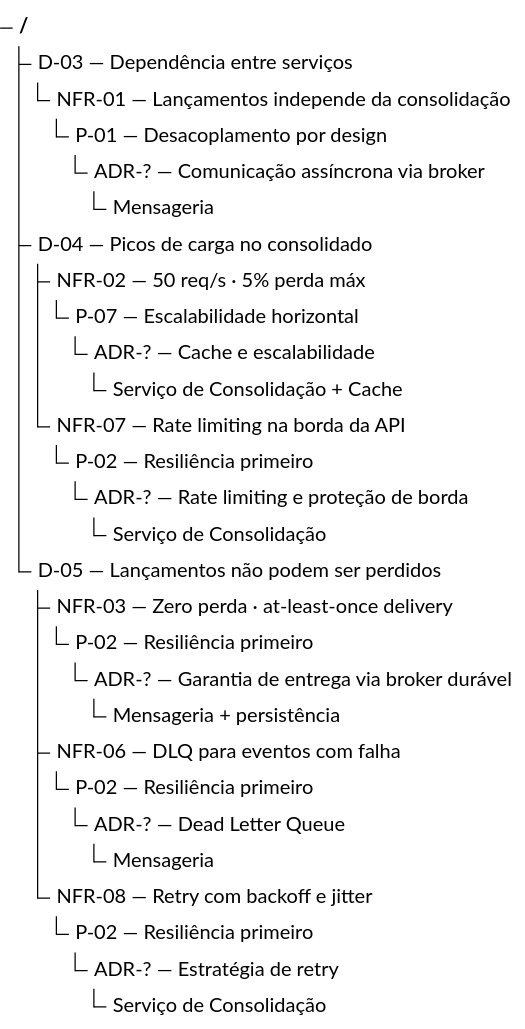
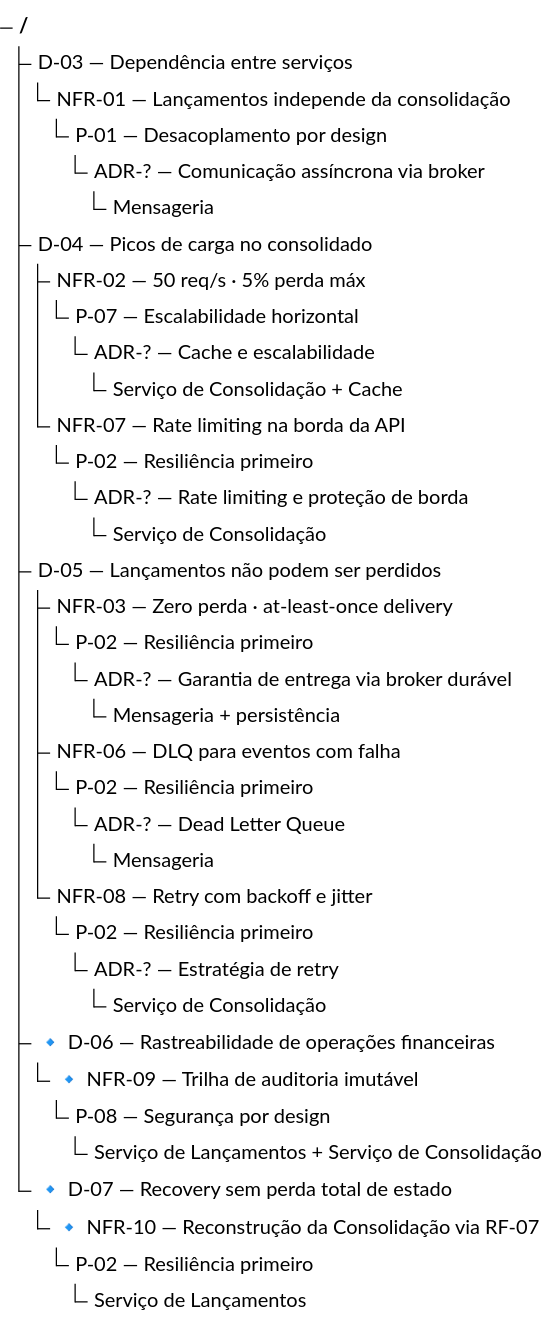
Before and after one commit to gsperim/account-engine-lab: the second of 2 diagrams in docs/negocio/requisitos.md, drawn with Mermaid. The commit also changed other lines of this file and 3 other files, not shown here.

````diff
--- a/docs/negocio/requisitos.md
+++ b/docs/negocio/requisitos.md
@@ -270,30 +419,38 @@
 ```mermaid
 treeView-beta
     "D-03 — Dependência entre serviços"
         "NFR-01 — Lançamentos independe da consolidação"
             "P-01 — Desacoplamento por design"
                 "ADR-? — Comunicação assíncrona via broker"
                     "Mensageria"
     "D-04 — Picos de carga no consolidado"
         "NFR-02 — 50 req/s · 5% perda máx"
             "P-07 — Escalabilidade horizontal"
                 "ADR-? — Cache e escalabilidade"
                     "Serviço de Consolidação + Cache"
         "NFR-07 — Rate limiting na borda da API"
             "P-02 — Resiliência primeiro"
                 "ADR-? — Rate limiting e proteção de borda"
                     "Serviço de Consolidação"
     "D-05 — Lançamentos não podem ser perdidos"
         "NFR-03 — Zero perda · at-least-once delivery"
             "P-02 — Resiliência primeiro"
                 "ADR-? — Garantia de entrega via broker durável"
                     "Mensageria + persistência"
         "NFR-06 — DLQ para eventos com falha"
             "P-02 — Resiliência primeiro"
                 "ADR-? — Dead Letter Queue"
                     "Mensageria"
         "NFR-08 — Retry com backoff e jitter"
             "P-02 — Resiliência primeiro"
                 "ADR-? — Estratégia de retry"
                     "Serviço de Consolidação"
+    "🔹 D-06 — Rastreabilidade de operações financeiras"
+        "🔹 NFR-09 — Trilha de auditoria imutável"
+            "P-08 — Segurança por design"
+                "Serviço de Lançamentos + Serviço de Consolidação"
+    "🔹 D-07 — Recovery sem perda total de estado"
+        "🔹 NFR-10 — Reconstrução da Consolidação via RF-07"
+            "P-02 — Resiliência primeiro"
+                "Serviço de Lançamentos"
 ```
````
